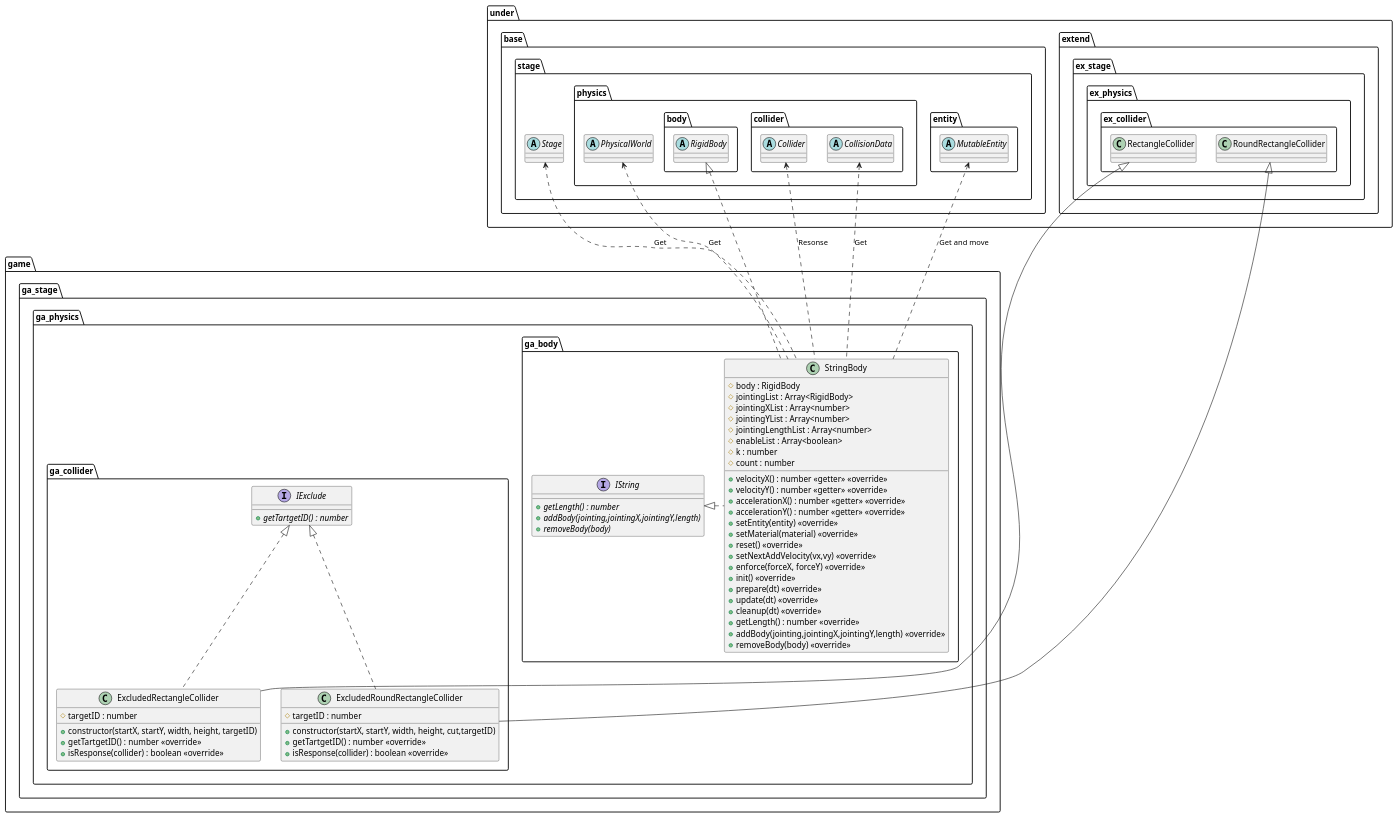
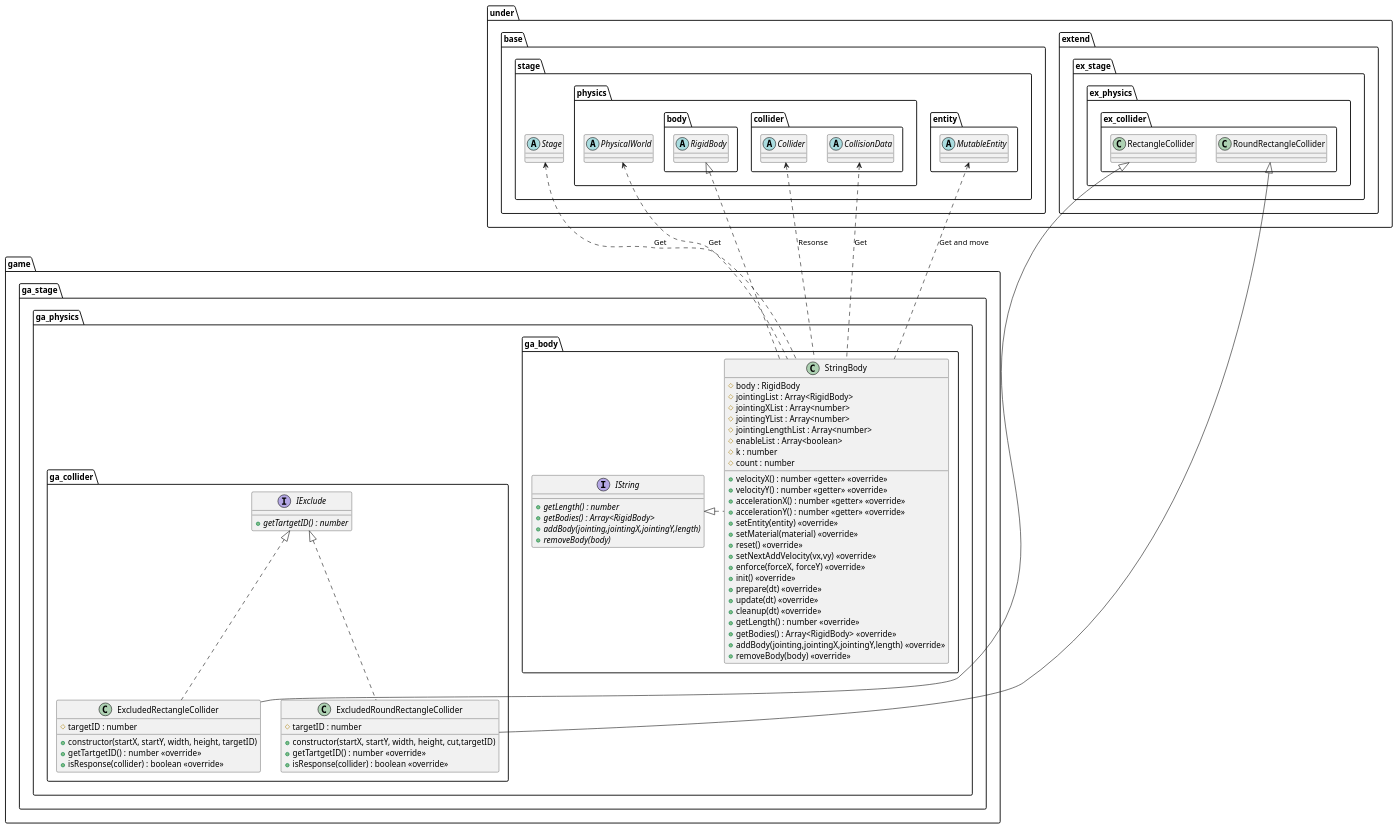
Before and after one commit to Expine/Under: the diagram in uml/entity/physical/Game.wsd, drawn with PlantUML. The commit also changed 9 other files, not shown here.

Commit message:
Enable to get bodies in string and get rigid body owner

```diff
--- a/uml/entity/physical/Game.wsd
+++ b/uml/entity/physical/Game.wsd
@@ -1,105 +1,107 @@
 @startuml PhysicalGame
 
 package game {
     package ga_stage {
         package ga_physics {
             package ga_body {
                 interface IString {
                     {abstract} +getLength() : number
+                    {abstract} +getBodies() : Array<RigidBody>
                     {abstract} +addBody(jointing,jointingX,jointingY,length)
                     {abstract} +removeBody(body)
                 }
                 class StringBody {
                     #body : RigidBody
                     #jointingList : Array<RigidBody>
                     #jointingXList : Array<number>
                     #jointingYList : Array<number>
                     #jointingLengthList : Array<number>
                     #enableList : Array<boolean>
                     #k : number
                     #count : number
                     +velocityX() : number <<getter>> <<override>>
                     +velocityY() : number <<getter>> <<override>>
                     +accelerationX() : number <<getter>> <<override>>
                     +accelerationY() : number <<getter>> <<override>>
                     +setEntity(entity) <<override>>
                     +setMaterial(material) <<override>>
                     +reset() <<override>>
                     +setNextAddVelocity(vx,vy) <<override>>
                     +enforce(forceX, forceY) <<override>>
                     +init() <<override>>
                     +prepare(dt) <<override>>
                     +update(dt) <<override>>
                     +cleanup(dt) <<override>>
                     +getLength() : number <<override>>
+                    +getBodies() : Array<RigidBody> <<override>>
                     +addBody(jointing,jointingX,jointingY,length) <<override>>
                     +removeBody(body) <<override>>
                 }
             }
             package ga_collider {
                 interface IExclude {
                     {abstract} +getTartgetID() : number
                 }
                 class ExcludedRectangleCollider {
                     +constructor(startX, startY, width, height, targetID)
                     #targetID : number
                     +getTartgetID() : number <<override>>
                     +isResponse(collider) : boolean <<override>>
                 }
                 class ExcludedRoundRectangleCollider {
                     +constructor(startX, startY, width, height, cut,targetID)
                     #targetID : number
                     +getTartgetID() : number <<override>>
                     +isResponse(collider) : boolean <<override>>
                 }
             }
         }
     }
 }
 
 package under {
     package base {
         package stage {
             abstract Stage
             package physics {
                 abstract PhysicalWorld
                 package body {
                     abstract RigidBody
                 }
                 package collider {
                     abstract Collider
                     abstract CollisionData
                 }
             }
             package entity {
                 abstract MutableEntity
             }
         }
     }
     package extend {
         package ex_stage {
             package ex_physics {
                 package ex_collider {
                     class RectangleCollider
                     class RoundRectangleCollider
                 }
             }
         }
     }
 }
 
 Stage <.. StringBody : Get
 PhysicalWorld <.. StringBody : Get
 MutableEntity <.. StringBody : Get and move
 CollisionData <.. StringBody : Get
 Collider <.. StringBody : Resonse
 
 RigidBody <|.. StringBody
 IString <|. StringBody
 
 RectangleCollider <|-- ExcludedRectangleCollider
 IExclude <|.. ExcludedRectangleCollider
 RoundRectangleCollider <|-- ExcludedRoundRectangleCollider
 IExclude <|.. ExcludedRoundRectangleCollider
 
 @enduml
```
